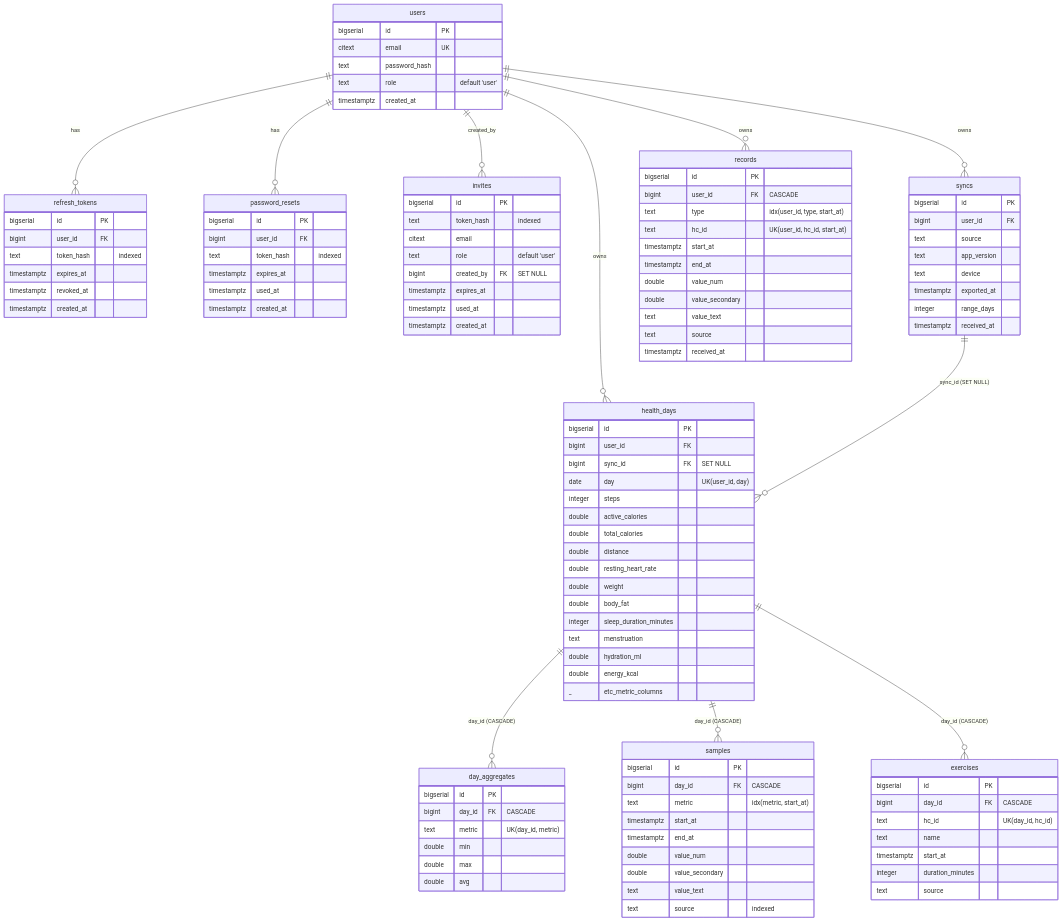
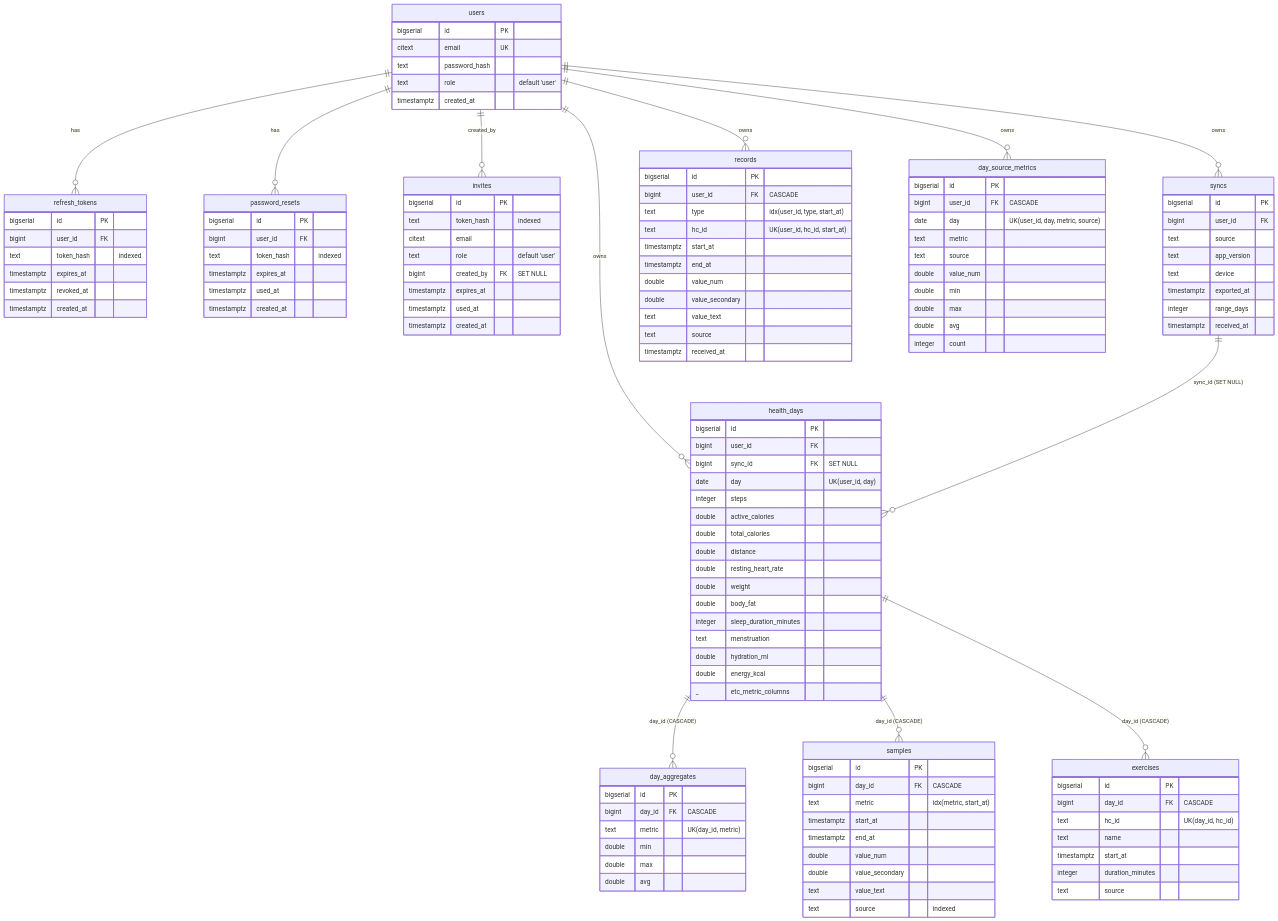
Before and after one commit to Marvello/Vitalix: the diagram in docs/database-erd.md, drawn with Mermaid. The commit also changed other lines of this file, not shown here.

Commit message:
docs(web): add day_source_metrics to ERD

````diff
--- a/docs/database-erd.md
+++ b/docs/database-erd.md
@@ -22,6 +22,7 @@
     users ||--o{ syncs : "owns"
     users ||--o{ health_days : "owns"
     users ||--o{ records : "owns"
+    users ||--o{ day_source_metrics : "owns"
 
     syncs ||--o{ health_days : "sync_id (SET NULL)"
 
@@ -140,4 +141,17 @@
         text source
         timestamptz received_at
     }
+
+    day_source_metrics {
+        bigserial id PK
+        bigint user_id FK "CASCADE"
+        date day "UK(user_id, day, metric, source)"
+        text metric
+        text source
+        double value_num
+        double min
+        double max
+        double avg
+        integer count
+    }
 ```
````
